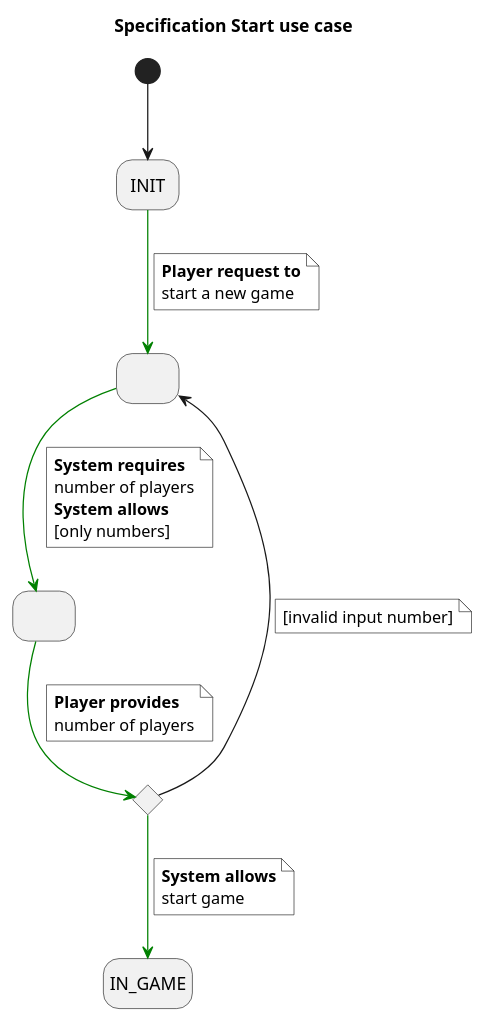
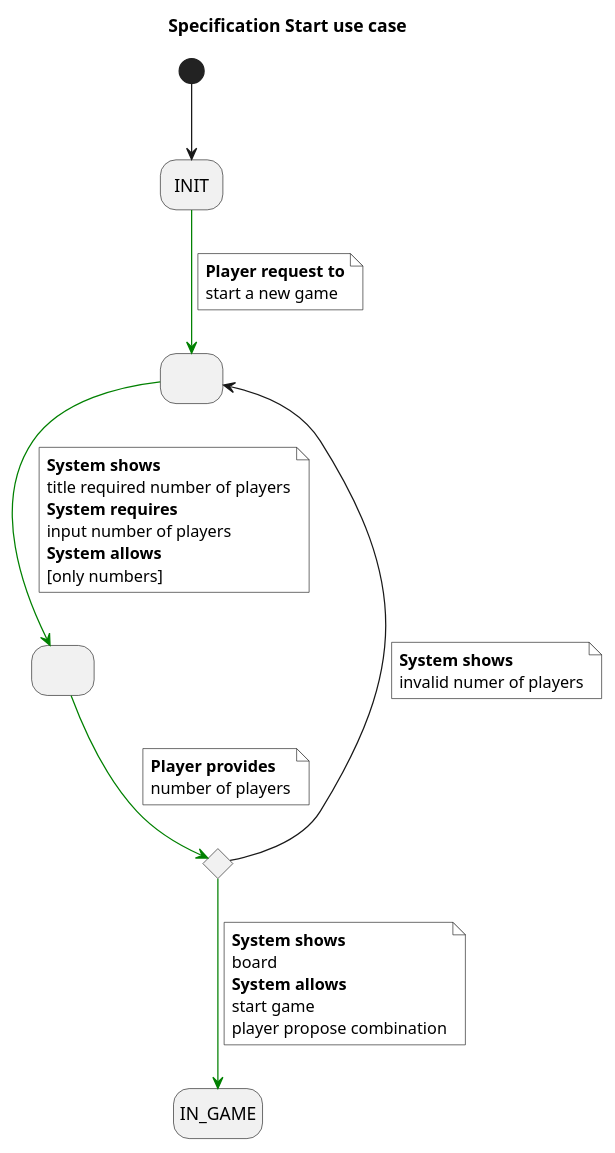
One commit to jumpering/Hanged changed the diagram in requirements/userCase/specificationStartUseCase.puml. Above: the diagram before and after it, drawn with PlantUML. The commit also changed 4 other files, not shown here.

```diff
--- a/requirements/userCase/specificationStartUseCase.puml
+++ b/requirements/userCase/specificationStartUseCase.puml
@@ -1,41 +1,47 @@
 @startuml
 
 title Specification Start use case
 skinparam NoteBackgroundColor white
 hide empty description
 state INIT as "INIT"
 state startedGame as " "
 state numberOfPlayers as " "
 state ifValidNumberOfPlayers <<choice>>
 
 [*] --> INIT
 INIT -[#green]-> startedGame
 note on link #white
   <b>Player request to
   start a new game
 end note
 startedGame -[#green]-> numberOfPlayers
 note on link
+  <b>System shows
+  title required number of players
   <b>System requires
-  number of players
+  input number of players
   <b>System allows
   [only numbers]
 end note
 numberOfPlayers -[#green]-> ifValidNumberOfPlayers
 note on link
   <b>Player provides
   number of players
 end note
 ifValidNumberOfPlayers --> startedGame
 note on link
-  [invalid input number]
+  <b>System shows
+  invalid numer of players
 end note
 ifValidNumberOfPlayers -[#green]-> IN_GAME
 note on link
+  <b>System shows
+  board
   <b>System allows
   start game
+  player propose combination
 end note
 
 
 
 @enduml
```
